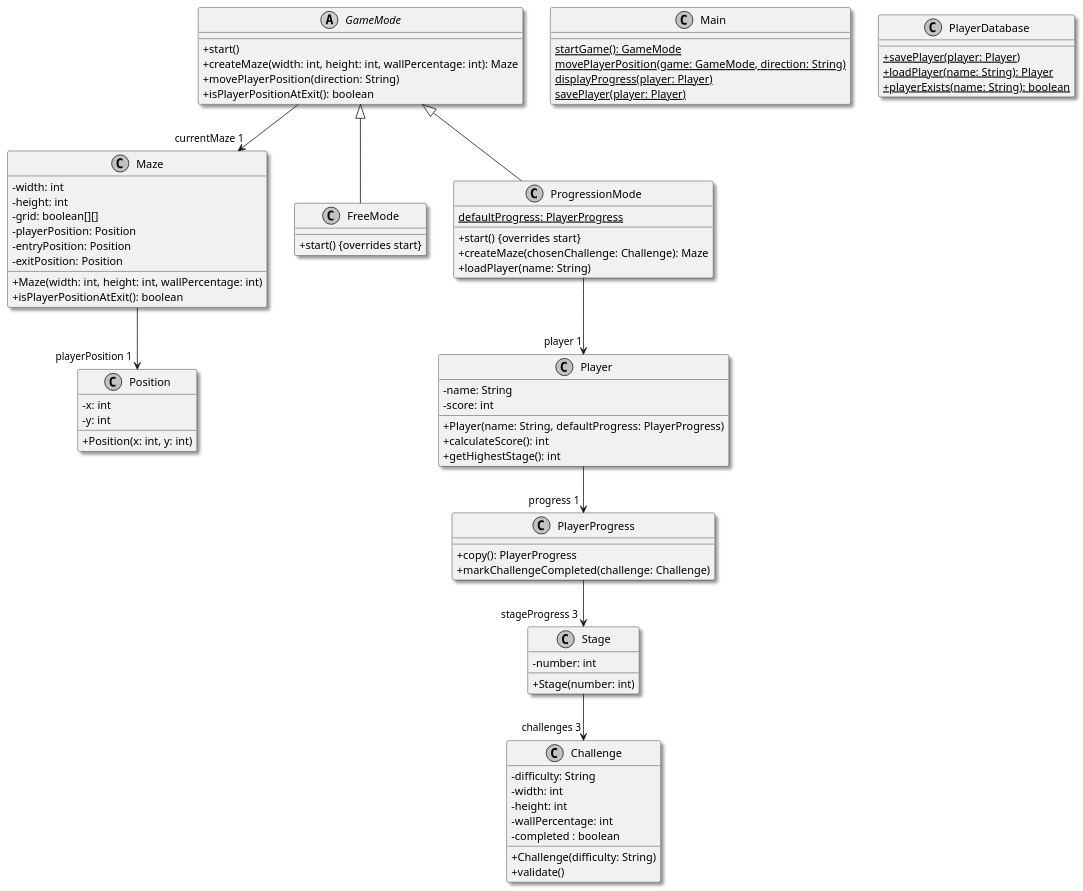
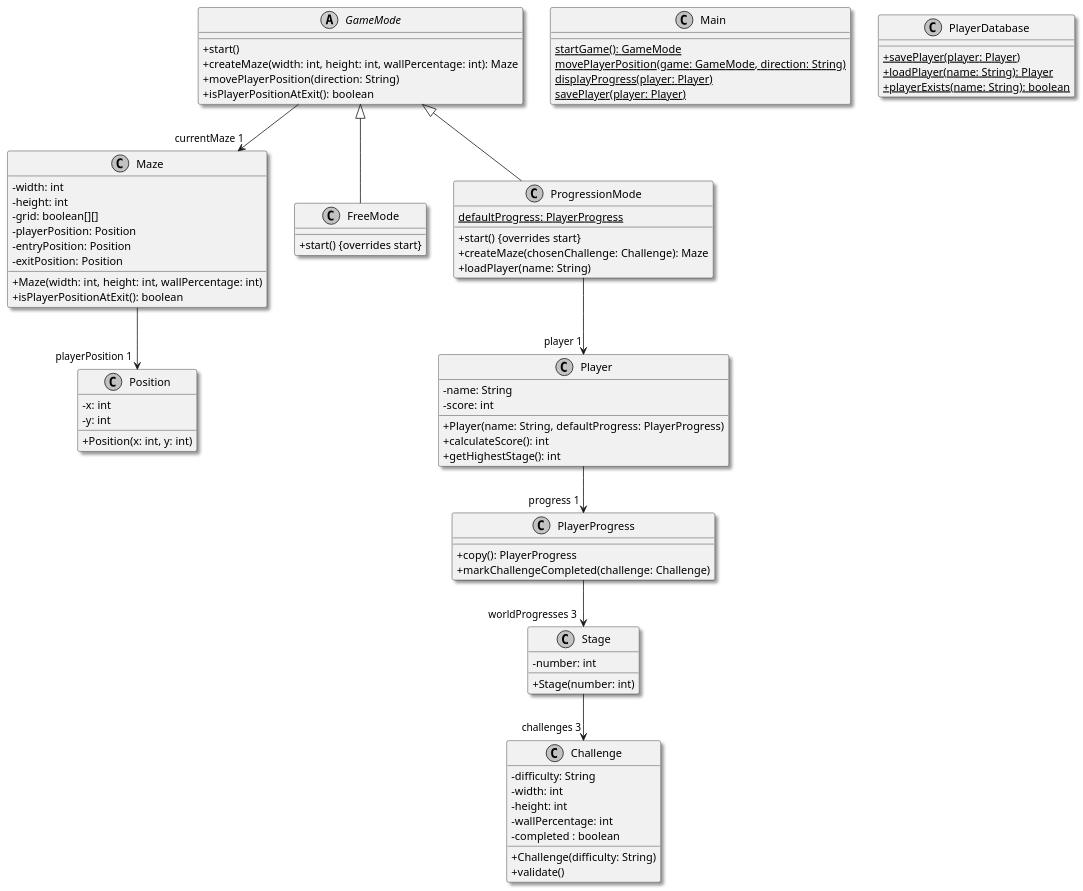
One commit to blavogiez/developpement-modulab-Semestre3 changed the diagram in labyrinth/reflexion3.puml. Above: the diagram before and after it, drawn with PlantUML. The commit also changed 12 other files, not shown here.

Commit message:
Start adding Labyrinth Controller and view, Stage refactor to world

```diff
--- a/labyrinth/reflexion3.puml
+++ b/labyrinth/reflexion3.puml
@@ -1,92 +1,92 @@
 @startuml
 skinparam monochrome true
 skinparam shadowing true
 skinparam classAttributeIconSize 0
 
 class Maze {
   - width: int
   - height: int
   - grid: boolean[][]
   - playerPosition: Position
   - entryPosition: Position
   - exitPosition: Position
   + Maze(width: int, height: int, wallPercentage: int)
   + isPlayerPositionAtExit(): boolean
 }
 
 class Player {
   - name: String
   - score: int
   + Player(name: String, defaultProgress: PlayerProgress)
   + calculateScore(): int
   + getHighestStage(): int
 }
 
 class PlayerProgress {
   + copy(): PlayerProgress
   + markChallengeCompleted(challenge: Challenge)
 }
 
 class Position {
   - x: int
   - y: int
   + Position(x: int, y: int)
 }
 
 abstract class GameMode {
   + start()
   + createMaze(width: int, height: int, wallPercentage: int): Maze
   + movePlayerPosition(direction: String)
   + isPlayerPositionAtExit(): boolean
 }
 
 class FreeMode {
   + start() {overrides start}
 }
 
 class ProgressionMode {
   + start() {overrides start}
   + createMaze(chosenChallenge: Challenge): Maze
   + loadPlayer(name: String)
   {static} defaultProgress: PlayerProgress
 }
 
 class Stage {
   - number: int
   + Stage(number: int)
 }
 
 class Challenge {
   - difficulty: String
   - width: int
   - height: int
   - wallPercentage: int
   - completed : boolean
   + Challenge(difficulty: String)
   + validate()
 }
 
 class Main {
   {static} startGame(): GameMode
   {static} movePlayerPosition(game: GameMode, direction: String)
   {static} displayProgress(player: Player)
   {static} savePlayer(player: Player)
  
   'displayProgress(player: Player)'
 }
 
 class PlayerDatabase {
   {static} + savePlayer(player: Player)
   {static} + loadPlayer(name: String): Player
   {static} + playerExists(name: String): boolean
 }
 
 Maze --> "playerPosition 1" Position
 GameMode --> "currentMaze 1" Maze
 GameMode <|-- FreeMode
 GameMode <|-- ProgressionMode
 ProgressionMode --> "player 1" Player
 Stage --> "challenges 3" Challenge
 Player --> "progress 1" PlayerProgress
-PlayerProgress --> "stageProgress 3" Stage
+PlayerProgress --> "worldProgresses 3" Stage
 @enduml
```
